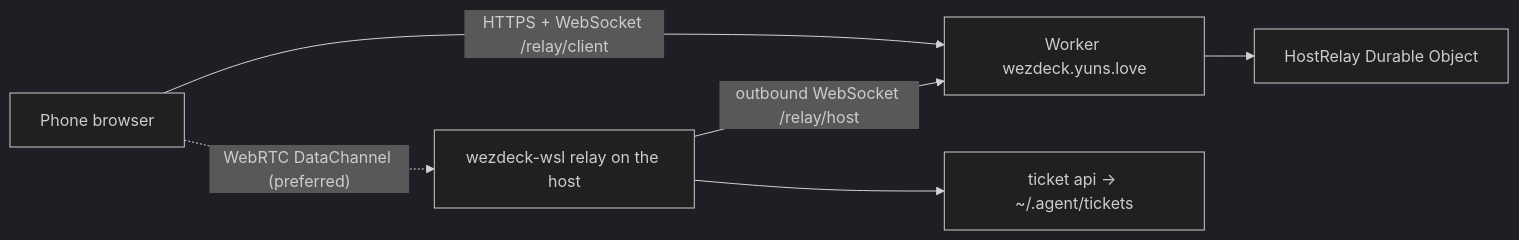
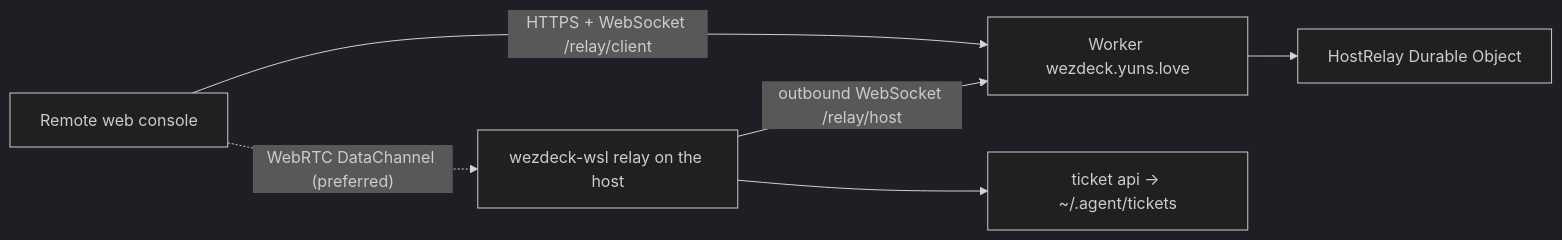
One commit to yunsii/wezdeck changed the diagram in docs/remote-access.md. Above: the diagram before and after it, drawn with Mermaid (dark theme). The commit also changed other lines of this file and 19 other files, not shown here.

First line of the commit message:
refactor(remote)!: 「手机」统一为「网页端」：附件标记、窗格提示与架构图

````diff
--- a/docs/remote-access.md
+++ b/docs/remote-access.md
@@ -14,8 +31,8 @@
 ```mermaid
 flowchart LR
-  P[Phone browser] -- "HTTPS + WebSocket /relay/client" --> W[Worker wezdeck.yuns.love]
+  P[Remote web console] -- "HTTPS + WebSocket /relay/client" --> W[Worker wezdeck.yuns.love]
   W --> D[HostRelay Durable Object]
   H[wezdeck-wsl relay on the host] -- "outbound WebSocket /relay/host" --> W
   P -. "WebRTC DataChannel (preferred)" .-> H
   H --> T[ticket api → ~/.agent/tickets]
 ```
````
